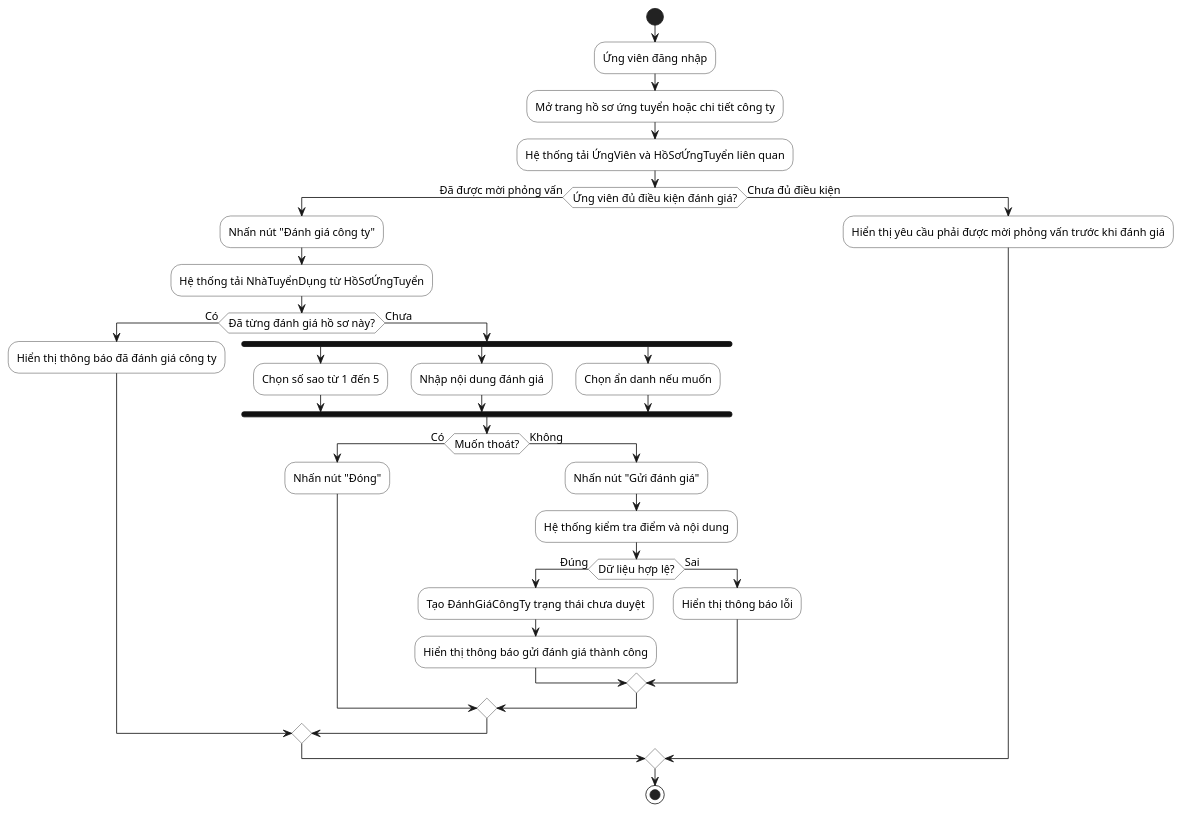
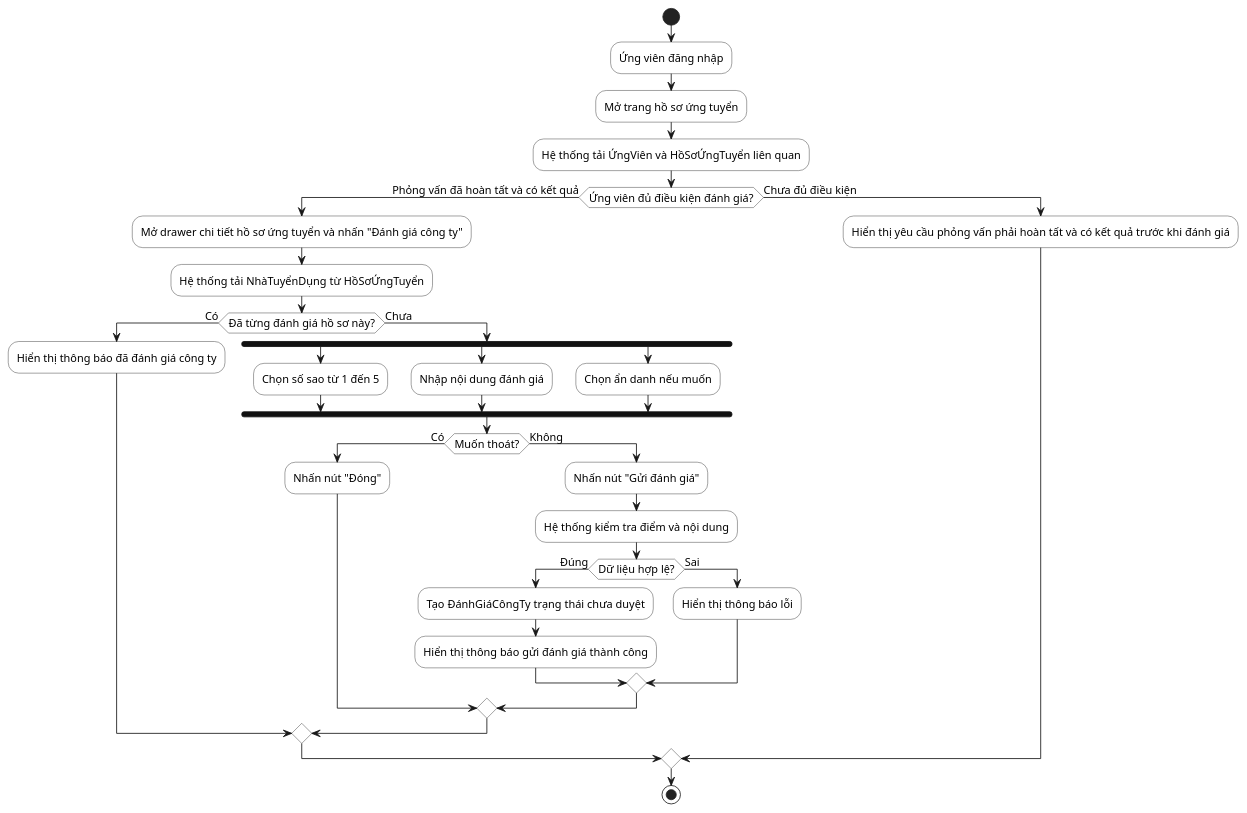
One commit to hole-six/DoAn changed the diagram in docs/so-do/02-activity/13-activity-danh-gia-cong-ty.puml. Above: the diagram before and after it, drawn with PlantUML. The commit also changed 86 other files, not shown here.

```diff
--- a/docs/so-do/02-activity/13-activity-danh-gia-cong-ty.puml
+++ b/docs/so-do/02-activity/13-activity-danh-gia-cong-ty.puml
@@ -1,47 +1,47 @@
 @startuml
 skinparam defaultFontName "Segoe UI"
 skinparam defaultFontSize 13
 skinparam shadowing false
 skinparam linetype ortho
 skinparam activity {
   BackgroundColor White
   BorderColor #222222
   DiamondBackgroundColor White
   DiamondBorderColor #222222
   BarColor #111111
 }
 start
 :Ứng viên đăng nhập;
-:Mở trang hồ sơ ứng tuyển hoặc chi tiết công ty;
+:Mở trang hồ sơ ứng tuyển;
 :Hệ thống tải ỨngViên và HồSơỨngTuyển liên quan;
-if (Ứng viên đủ điều kiện đánh giá?) then (Đã được mời phỏng vấn)
-  :Nhấn nút "Đánh giá công ty";
+if (Ứng viên đủ điều kiện đánh giá?) then (Phỏng vấn đã hoàn tất và có kết quả)
+  :Mở drawer chi tiết hồ sơ ứng tuyển và nhấn "Đánh giá công ty";
   :Hệ thống tải NhàTuyểnDụng từ HồSơỨngTuyển;
   if (Đã từng đánh giá hồ sơ này?) then (Có)
     :Hiển thị thông báo đã đánh giá công ty;
   else (Chưa)
     fork
       :Chọn số sao từ 1 đến 5;
     fork again
       :Nhập nội dung đánh giá;
     fork again
       :Chọn ẩn danh nếu muốn;
     end fork
     if (Muốn thoát?) then (Có)
       :Nhấn nút "Đóng";
     else (Không)
       :Nhấn nút "Gửi đánh giá";
       :Hệ thống kiểm tra điểm và nội dung;
       if (Dữ liệu hợp lệ?) then (Đúng)
         :Tạo ĐánhGiáCôngTy trạng thái chưa duyệt;
         :Hiển thị thông báo gửi đánh giá thành công;
       else (Sai)
         :Hiển thị thông báo lỗi;
       endif
     endif
   endif
 else (Chưa đủ điều kiện)
-  :Hiển thị yêu cầu phải được mời phỏng vấn trước khi đánh giá;
+  :Hiển thị yêu cầu phỏng vấn phải hoàn tất và có kết quả trước khi đánh giá;
 endif
 stop
 @enduml
```
